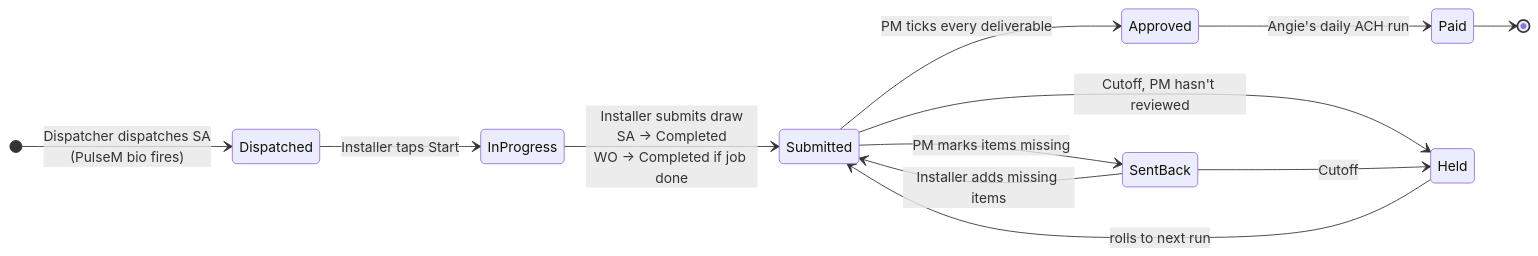
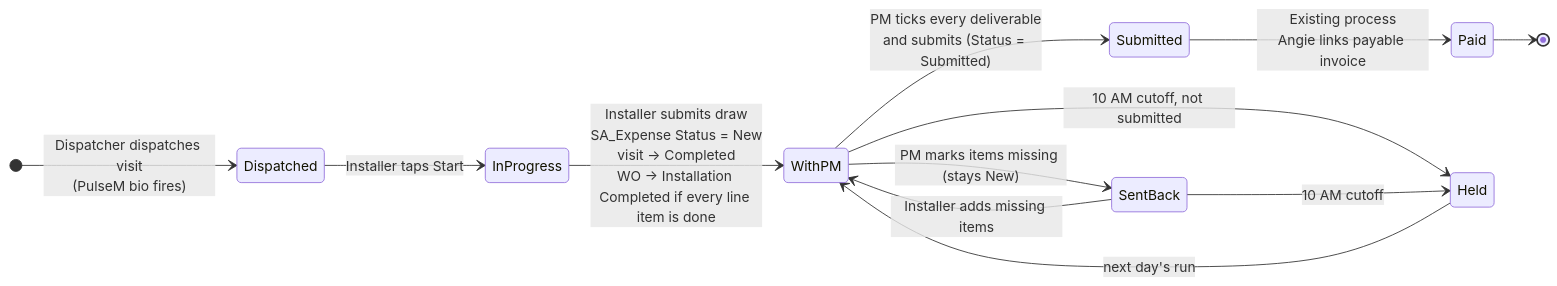
One commit to gullettematt-cpu/scorecard changed the diagram in vista/docs/approval-flow.md. Above: the diagram before and after it, drawn with Mermaid. The commit also changed other lines of this file and 28 other files, not shown here.

First line of the commit message:
Vista: PMs submit draws; line-item completion; WO review; Salesforce source

````diff
--- a/vista/docs/approval-flow.md
+++ b/vista/docs/approval-flow.md
@@ -15,15 +19,15 @@
 ```mermaid
 stateDiagram-v2
     direction LR
-    [*] --> Dispatched: Dispatcher dispatches SA<br/>(PulseM bio fires)
+    [*] --> Dispatched: Dispatcher dispatches visit<br/>(PulseM bio fires)
     Dispatched --> InProgress: Installer taps Start
-    InProgress --> Submitted: Installer submits draw<br/>SA → Completed<br/>WO → Completed if job done
-    Submitted --> Approved: PM ticks every deliverable
-    Submitted --> SentBack: PM marks items missing
-    SentBack --> Submitted: Installer adds missing items
-    Approved --> Paid: Angie's daily ACH run
-    Submitted --> Held: Cutoff, PM hasn't reviewed
-    SentBack --> Held: Cutoff
-    Held --> Submitted: rolls to next run
+    InProgress --> WithPM: Installer submits draw<br/>SA_Expense Status = New<br/>visit → Completed<br/>WO → Installation Completed if every line item is done
+    WithPM --> Submitted: PM ticks every deliverable<br/>and submits (Status = Submitted)
+    WithPM --> SentBack: PM marks items missing (stays New)
+    SentBack --> WithPM: Installer adds missing items
+    Submitted --> Paid: Existing process<br/>Angie links payable invoice
+    WithPM --> Held: 10 AM cutoff, not submitted
+    SentBack --> Held: 10 AM cutoff
+    Held --> WithPM: next day's run
     Paid --> [*]
 ```
````
